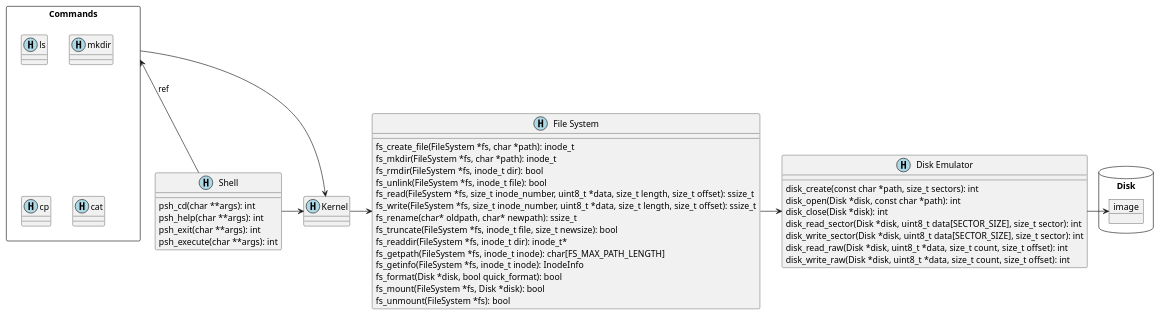
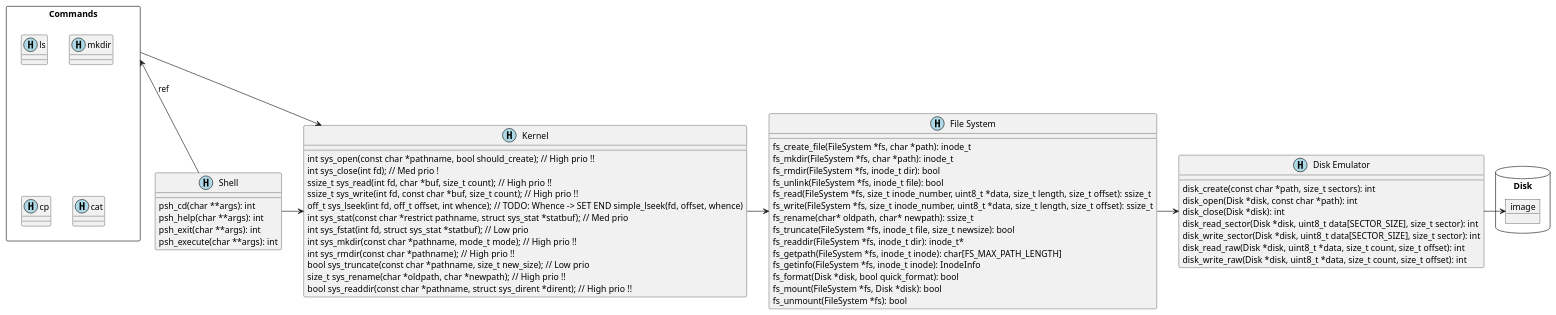
The diagram in doc/PlantUML/component_diag.puml (LouisRichards/MiniShell), drawn with PlantUML before and after one commit. The commit also changed 4 other files, not shown here.

Commit message:
updated sys_stat

```diff
--- a/doc/PlantUML/component_diag.puml
+++ b/doc/PlantUML/component_diag.puml
@@ -1,63 +1,74 @@
 @startuml
 
 class "Shell" as S << (H, lightblue) >> {
  psh_cd(char **args): int
  psh_help(char **args): int
  psh_exit(char **args): int
  psh_execute(char **args): int
 }
 
 package "Commands" <<rectangle>> {
   class "ls" as ls << (H, lightblue) >>
   class "mkdir" as mkdir << (H, lightblue) >>
   class "cp" as cp << (H, lightblue) >>
   class "cat" as cat << (H, lightblue) >>
 }
 
 class "Kernel" as K << (H, lightblue) >> {
-
+int sys_open(const char *pathname, bool should_create); // High prio !!
+int sys_close(int fd); // Med prio !
+ssize_t sys_read(int fd, char *buf, size_t count); // High prio !!
+ssize_t sys_write(int fd, const char *buf, size_t count); // High prio !!
+off_t sys_lseek(int fd, off_t offset, int whence); // TODO: Whence -> SET END simple_lseek(fd, offset, whence)
+int sys_stat(const char *restrict pathname, struct sys_stat *statbuf); // Med prio
+int sys_fstat(int fd, struct sys_stat *statbuf); // Low prio
+int sys_mkdir(const char *pathname, mode_t mode); // High prio !!
+int sys_rmdir(const char *pathname); // High prio !!
+bool sys_truncate(const char *pathname, size_t new_size); // Low prio
+size_t sys_rename(char *oldpath, char *newpath); // High prio !!
+bool sys_readdir(const char *pathname, struct sys_dirent *dirent); // High prio !!
 }
 
 class "File System" as FS << (H, lightblue) >> {
  fs_create_file(FileSystem *fs, char *path): inode_t
  fs_mkdir(FileSystem *fs, char *path): inode_t
  fs_rmdir(FileSystem *fs, inode_t dir): bool
  fs_unlink(FileSystem *fs, inode_t file): bool
  fs_read(FileSystem *fs, size_t inode_number, uint8_t *data, size_t length, size_t offset): ssize_t 
  fs_write(FileSystem *fs, size_t inode_number, uint8_t *data, size_t length, size_t offset): ssize_t
  fs_rename(char* oldpath, char* newpath): ssize_t
  fs_truncate(FileSystem *fs, inode_t file, size_t newsize): bool
  fs_readdir(FileSystem *fs, inode_t dir): inode_t*
  fs_getpath(FileSystem *fs, inode_t inode): char[FS_MAX_PATH_LENGTH]
  fs_getinfo(FileSystem *fs, inode_t inode): InodeInfo
  fs_format(Disk *disk, bool quick_format): bool
  fs_mount(FileSystem *fs, Disk *disk): bool
  fs_unmount(FileSystem *fs): bool
 }
 
 class "Disk Emulator" as DE << (H, lightblue) >> { 
  disk_create(const char *path, size_t sectors): int
  disk_open(Disk *disk, const char *path): int
  disk_close(Disk *disk): int
  disk_read_sector(Disk *disk, uint8_t data[SECTOR_SIZE], size_t sector): int
  disk_write_sector(Disk *disk, uint8_t data[SECTOR_SIZE], size_t sector): int
  disk_read_raw(Disk *disk, uint8_t *data, size_t count, size_t offset): int
  disk_write_raw(Disk *disk, uint8_t *data, size_t count, size_t offset): int
 }
 
 package Disk <<Database>> {
  object image
 }
 
 S -up-> Commands : ref
 
 S -> K
 Commands -> K
 
 K -> FS
 
 FS -> DE 
 
 DE -> image
 
 @enduml
```
